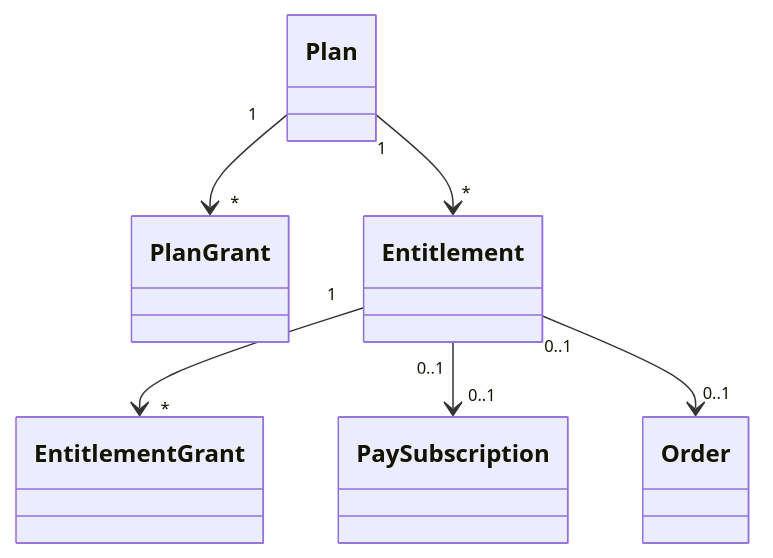
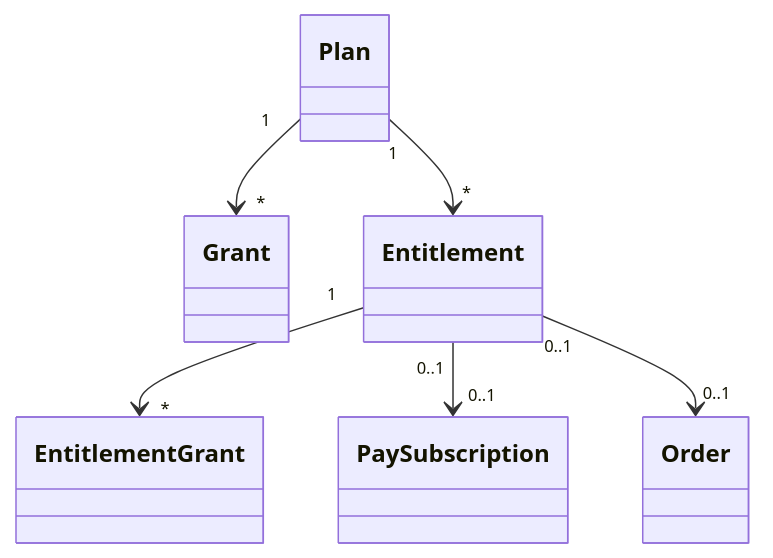
One commit to better-together-org/community-engine-rails changed the diagram in docs/billing/entitlements_and_allowances.md. Above: the diagram before and after it, drawn with Mermaid. The commit also changed 49 other files, not shown here.

````diff
--- a/docs/billing/entitlements_and_allowances.md
+++ b/docs/billing/entitlements_and_allowances.md
@@ -7,8 +7,8 @@
 ```mermaid
 classDiagram
-  Plan "1" --> "*" PlanGrant
+  Plan "1" --> "*" Grant
   Plan "1" --> "*" Entitlement
   Entitlement "1" --> "*" EntitlementGrant
   Entitlement "0..1" --> "0..1" PaySubscription
   Entitlement "0..1" --> "0..1" Order
 ```
````
